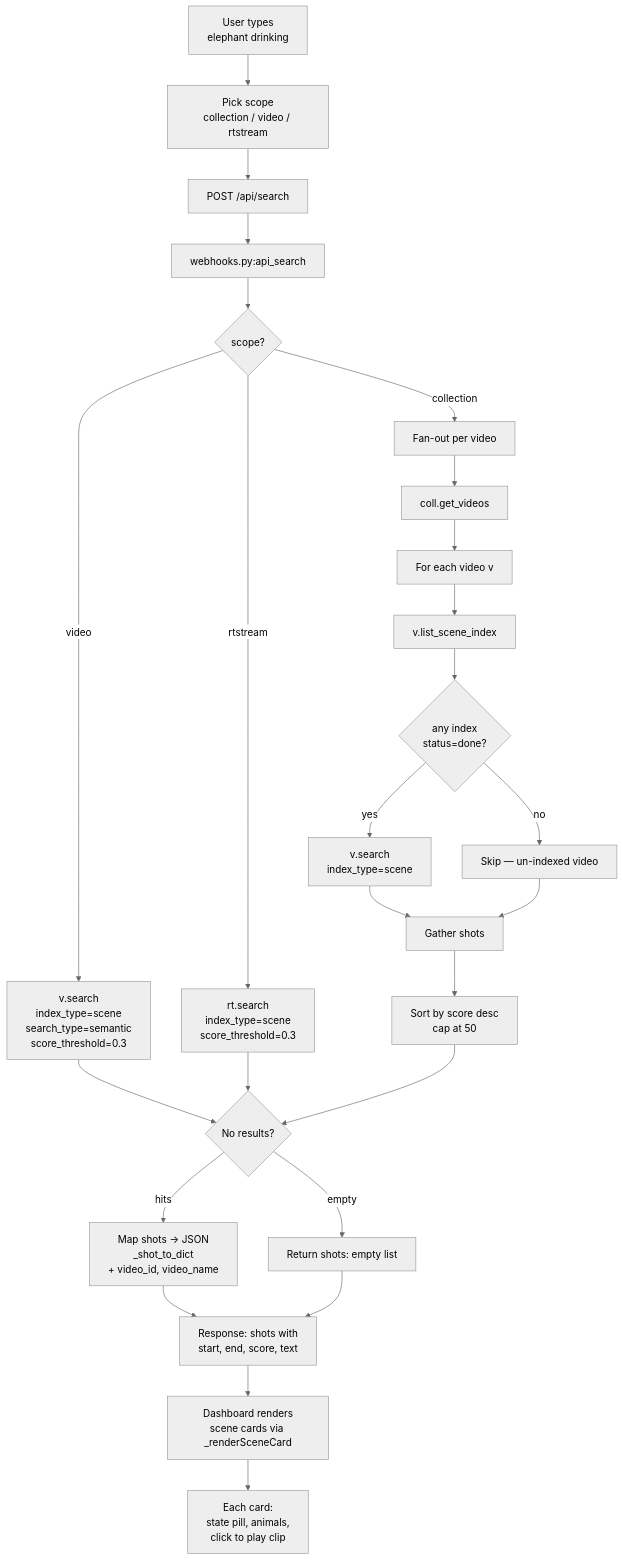
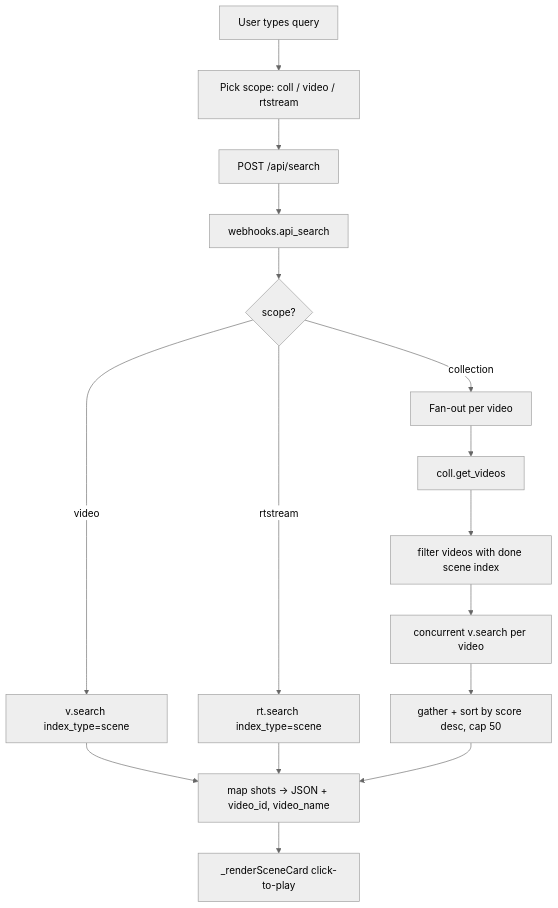
One commit to skalkii/wildwatch changed the third of 11 diagrams in docs/FEATURE_FLOWS.md. Above: the diagram before and after it, drawn with Mermaid (neutral theme). The commit also changed other lines of this file and 1 other file, not shown here.

First line of the commit message:
docs: slim FEATURE_FLOWS + REPO_MAP, fix 2 broken Mermaid charts

````diff
--- a/docs/FEATURE_FLOWS.md
+++ b/docs/FEATURE_FLOWS.md
@@ -133,28 +93,18 @@
 ```mermaid
 flowchart TD
-    A[User types<br/>elephant drinking] --> B[Pick scope<br/>collection / video / rtstream]
-    B --> C[POST /api/search]
-    C --> D[webhooks.py:api_search]
-    D --> E{scope?}
-    E -->|video| F2[v.search<br/>index_type=scene<br/>search_type=semantic<br/>score_threshold=0.3]
-    E -->|rtstream| F3[rt.search<br/>index_type=scene<br/>score_threshold=0.3]
-    E -->|collection| FAN[Fan-out per video]
-    FAN --> FAN1[coll.get_videos]
-    FAN1 --> FAN2[For each video v]
-    FAN2 --> FAN3[v.list_scene_index]
-    FAN3 --> FAN4{any index<br/>status=done?}
-    FAN4 -->|no| FAN5[Skip — un-indexed video]
-    FAN4 -->|yes| FAN6[v.search<br/>index_type=scene]
-    FAN6 --> MERGE[Gather shots]
-    FAN5 --> MERGE
-    MERGE --> SORT[Sort by score desc<br/>cap at 50]
-    F2 --> G{No results?}
-    F3 --> G
-    SORT --> G
-    G -->|empty| H[Return shots: empty list]
-    G -->|hits| I[Map shots → JSON<br/>_shot_to_dict<br/>+ video_id, video_name]
-    I --> J[Response: shots with<br/>start, end, score, text]
-    H --> J
-    J --> K[Dashboard renders<br/>scene cards via _renderSceneCard]
-    K --> L[Each card:<br/>state pill, animals,<br/>click to play clip]
+    A["User types query"] --> B["Pick scope: coll / video / rtstream"]
+    B --> C["POST /api/search"]
+    C --> D["webhooks.api_search"]
+    D --> E{"scope?"}
+    E -->|video| F2["v.search index_type=scene"]
+    E -->|rtstream| F3["rt.search index_type=scene"]
+    E -->|collection| FAN["Fan-out per video"]
+    FAN --> FAN1["coll.get_videos"]
+    FAN1 --> FAN2["filter videos with done scene index"]
+    FAN2 --> FAN3["concurrent v.search per video"]
+    FAN3 --> MERGE["gather + sort by score desc, cap 50"]
+    F2 --> RESP["map shots → JSON + video_id, video_name"]
+    F3 --> RESP
+    MERGE --> RESP
+    RESP --> RENDER["_renderSceneCard click-to-play"]
 ```
````
